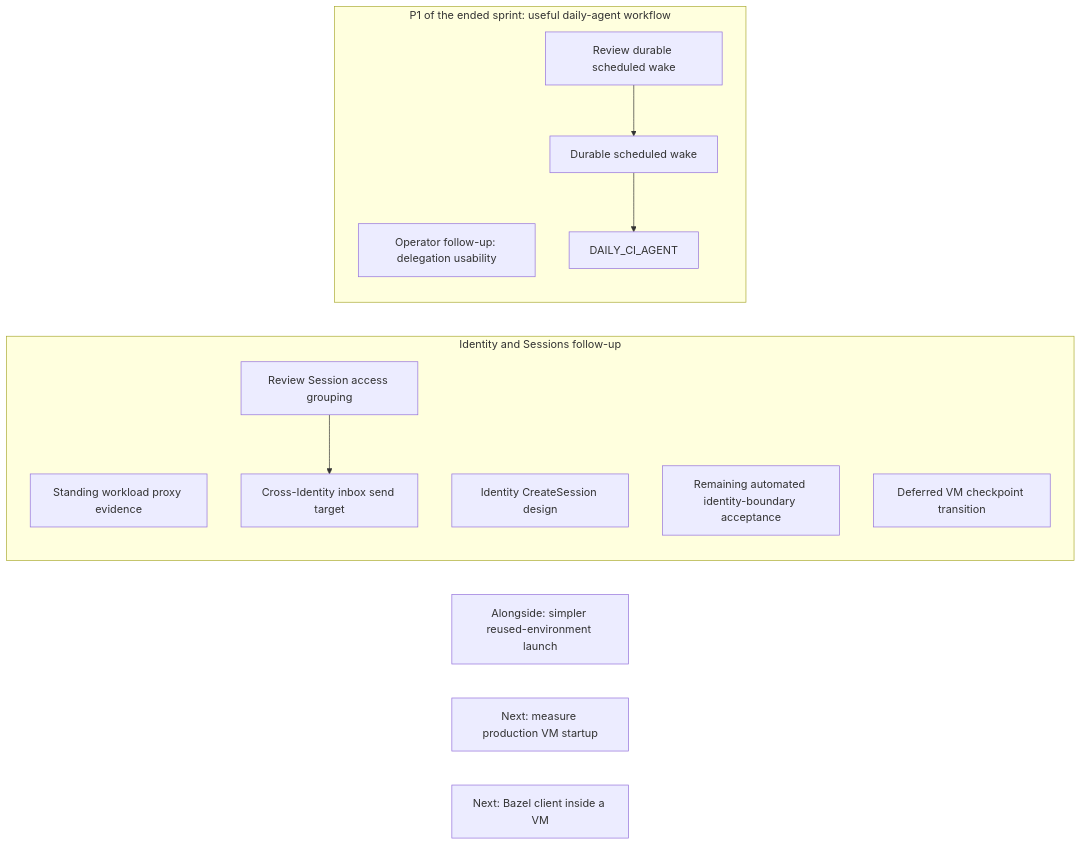
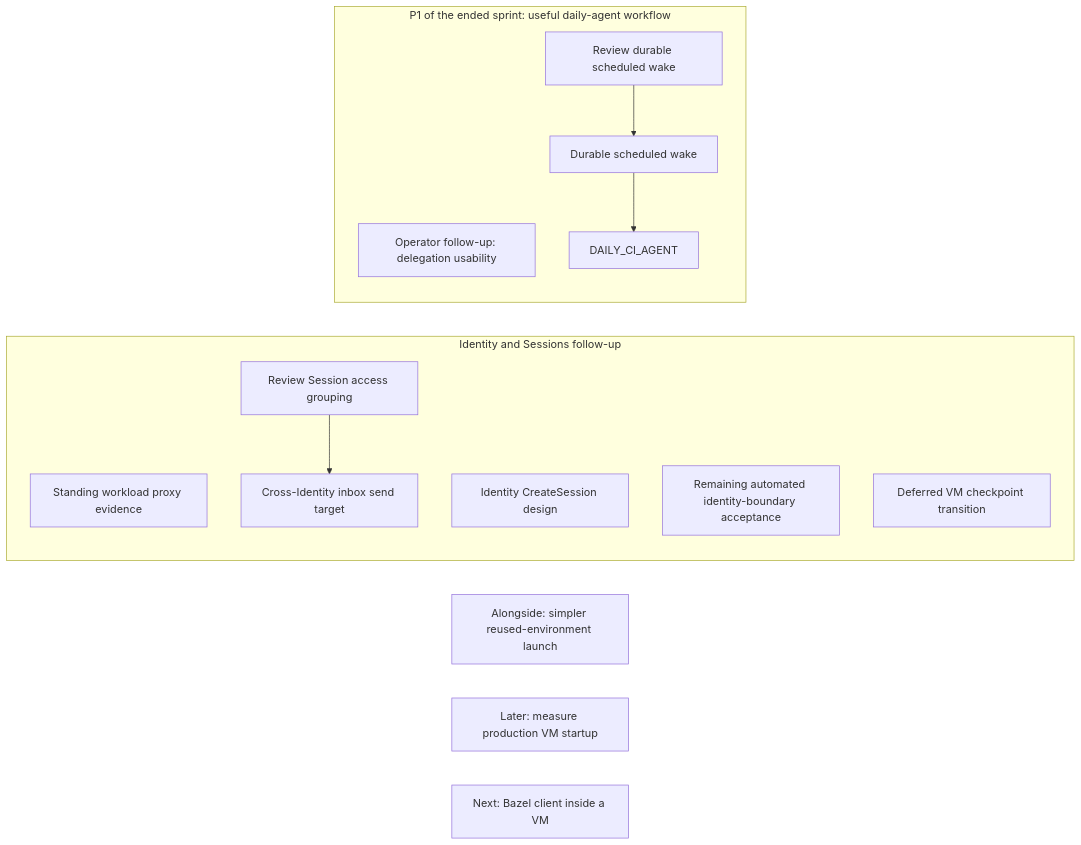
One commit to agentydragon/ducktape changed the third of 21 diagrams in agentplane/plans/task_dag.md. Above: the diagram before and after it, drawn with Mermaid. The commit also changed other lines of this file, not shown here.

First line of the commit message:
agentplane: record lower VM startup priority and the Sessions directory release

````diff
--- a/agentplane/plans/task_dag.md
+++ b/agentplane/plans/task_dag.md
@@ -279,18 +283,18 @@
 ```mermaid
 flowchart LR
     subgraph IDENTITY_TRACK[Identity and Sessions follow-up]
         STANDING_WORKLOAD_IDENTITY[Standing workload proxy evidence]
         SESSION_ACCESS_GROUPING_DESIGN[Review Session access grouping] --> SESSION_IDENTITY_AUTHZ[Cross-Identity inbox send target]
         SESSION_SUBAGENT_DELEGATION[Identity CreateSession design]
         IDENTITY_SYSTEM_TESTS[Remaining automated identity-boundary acceptance]
         SANDBOX_IDENTITY_CHANGE_CHECKPOINT[Deferred VM checkpoint transition]
     end
     subgraph PRIORITY_ONE[P1 of the ended sprint: useful daily-agent workflow]
         THREAD_CREATE_AUTHORIZATION[Operator follow-up: delegation usability]
         SCHEDULED_AGENT_WAKE_DESIGN[Review durable scheduled wake] --> SCHEDULED_AGENT_WAKE
         SCHEDULED_AGENT_WAKE[Durable scheduled wake] --> DAILY_CI_AGENT
     end
     SESSION_LAUNCH_FRICTION[Alongside: simpler reused-environment launch]
-    VM_STARTUP_LATENCY[Next: measure production VM startup]
+    VM_STARTUP_LATENCY[Later: measure production VM startup]
     LOCAL_BAZEL[Next: Bazel client inside a VM]
 ```
````
